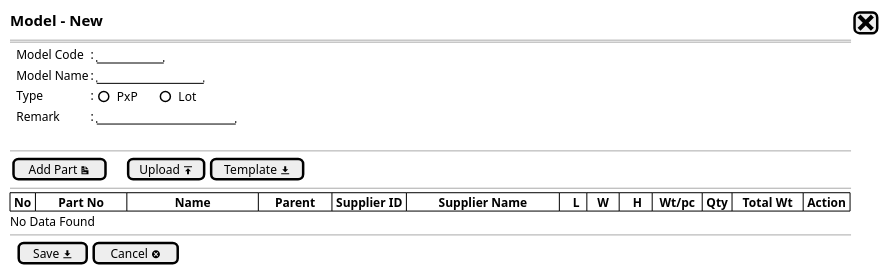
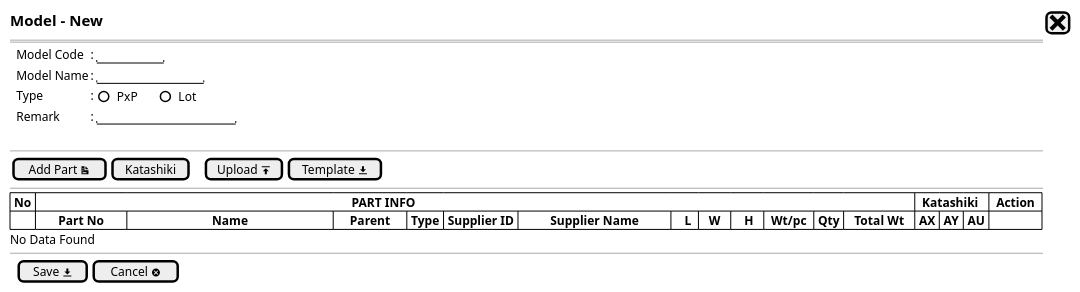
One commit to ari-fikri/packing-cost-mockup changed the diagram in Model/model - newstep1.puml. Above: the diagram before and after it, drawn with PlantUML. The commit also changed 5 other files, not shown here.

Commit message:
- Change Model structure - Remove some fields - Add type lot/pxp into part

```diff
--- a/Model/model - newstep1.puml
+++ b/Model/model - newstep1.puml
@@ -1,28 +1,29 @@
 @startsalt
 {
   <size:15><b>Model - New |[<size:25><&x>]|*
   ==
   
   {   
     .|Model Code |: |"        "|*
     .|Model Name |: |"             "| *
     .|Type       |: { ()PxP      |   ()Lot  }*
     .|Remark     |: |"                 "|*
   }
   .
 --
   {
-    [Add Part <&document>]|.|.|.|[Upload <&data-transfer-upload>]| [Template <&data-transfer-download>]|
+    [Add Part <&document>]|[Katashiki]|.|.|[Upload <&data-transfer-upload>]| [Template <&data-transfer-download>]|
   }
   --
   {#
-    | <b>No |       <b>Part No       |               <b>Name               |     <b>Parent     | <b>Supplier ID |          <b>Supplier Name          |    <b>L  |   <b>W   |    <b>H   |  <b>Wt/pc  | <b>Qty |<b>   Total Wt   | <b>Action |*|*
+    | <b>No |                                                                                                     <b>PART INFO                                                                                                                                  |*|*|*|*|*|*|*|*|*|*|*|<b>  Katashiki  |*|*     |  <b>Action  |*|*
+    |.     |       <b>Part No       |                           <b>Name                           |     <b>Parent     | <b>Type | <b>Supplier ID |          <b>Supplier Name          |    <b>L  |   <b>W   |    <b>H   |  <b>Wt/pc  | <b>Qty |<b>   Total Wt                         | <b>AX | <b>AY | <b>AU |.|*|*
   }
   No Data Found
   --
   {
   .|[ Save <&data-transfer-download>] |  [Cancel <&circle-x> ]|*
   }
 }
 
   @endsalt
```
